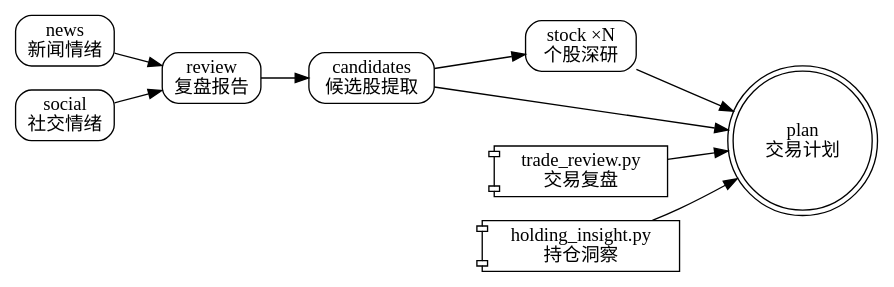
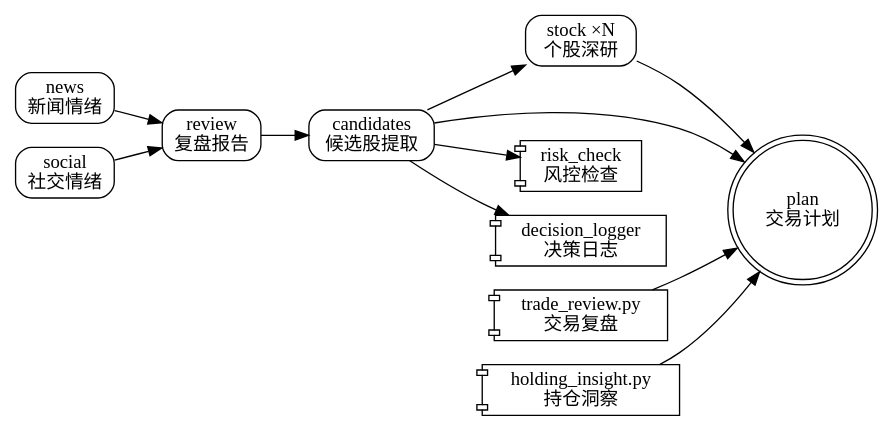
Before and after one commit to Jiangwlee/oh-my-superpowers: the diagram in skills/ashare-assistant/SKILL.md, drawn with Graphviz. The commit also changed other lines of this file and 2 other files, not shown here.

````diff
--- a/skills/ashare-assistant/SKILL.md
+++ b/skills/ashare-assistant/SKILL.md
@@ -63,34 +63,40 @@
 ```dot
 digraph pipeline {
   rankdir=LR;
   node [shape=box, style=rounded];
 
   // 第一轮（并行）
   news  [label="news\n新闻情绪"];
   social [label="social\n社交情绪"];
 
   // 第二轮
   review [label="review\n复盘报告"];
 
   // 第三轮
   candidates [label="candidates\n候选股提取"];
 
   // 第四轮 + 前置脚本（可并行）
   stock  [label="stock ×N\n个股深研"];
   trade  [label="trade_review.py\n交易复盘", shape=component];
   hold   [label="holding_insight.py\n持仓洞察", shape=component];
 
   // 第五轮（终态）
   plan   [label="plan\n交易计划", shape=doublecircle];
+  
+  // 第六轮（收尾校验）
+  risk   [label="risk_check\n风控检查", shape=component];
+  logger [label="decision_logger\n决策日志", shape=component];
 
   // 依赖边
   news   -> review;
   social -> review;
   review -> candidates;
   candidates -> stock;
   candidates -> plan;
   stock  -> plan;
   trade  -> plan;
   hold   -> plan;
+  candidates -> risk;
+  candidates -> logger;
 }
 ```
````
